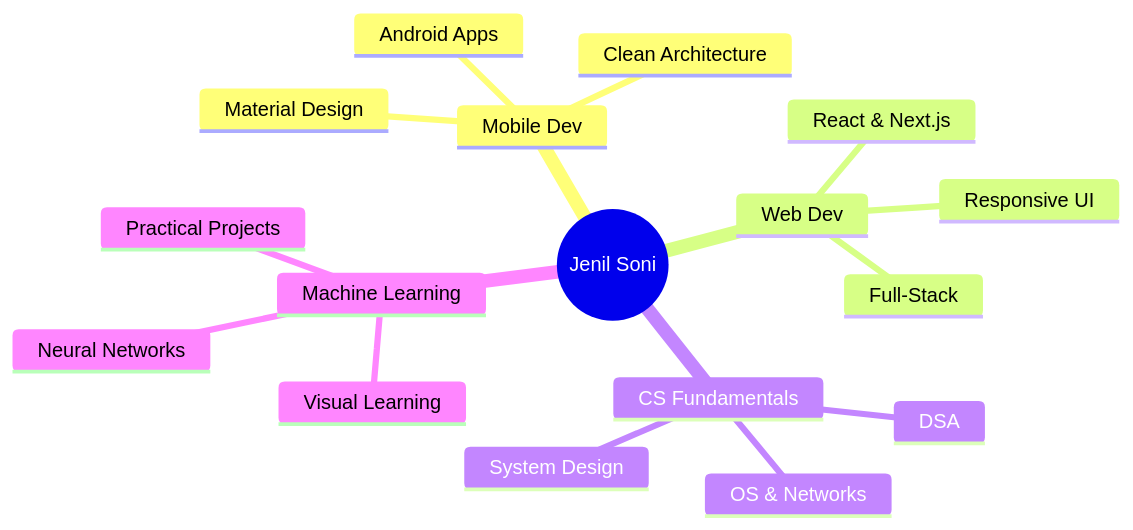
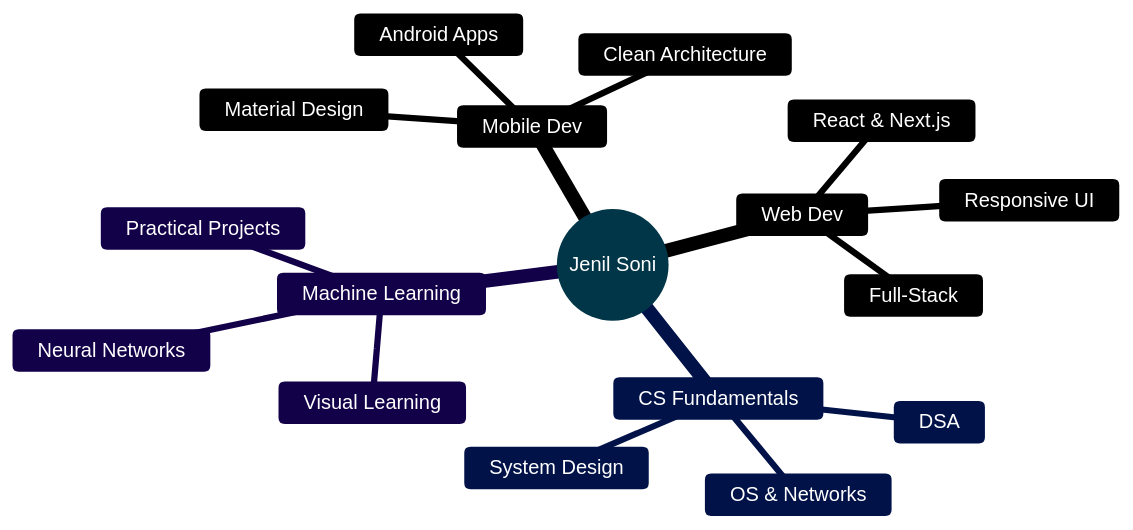
Before and after one commit to JenilRevaliya/JenilRevaliya: the diagram in README.md, drawn with Mermaid. The commit also changed other lines of this file, not shown here.

````diff
--- a/README.md
+++ b/README.md
@@ -194,20 +194,21 @@
 ```mermaid
+%%{init: {'theme':'base', 'themeVariables': { 'primaryColor':'#0096c7', 'primaryTextColor':'#fff', 'primaryBorderColor':'#22d3ee', 'lineColor':'#00aaad', 'secondaryColor':'#112025', 'tertiaryColor':'#0a0a0a'}}}%%
 mindmap
   root((Jenil Soni))
     Mobile Dev
       Android Apps
       Clean Architecture
       Material Design
     Web Dev
       React & Next.js
       Full-Stack
       Responsive UI
     CS Fundamentals
       DSA
       OS & Networks
       System Design
     Machine Learning
       Visual Learning
       Practical Projects
       Neural Networks
 ```
````
